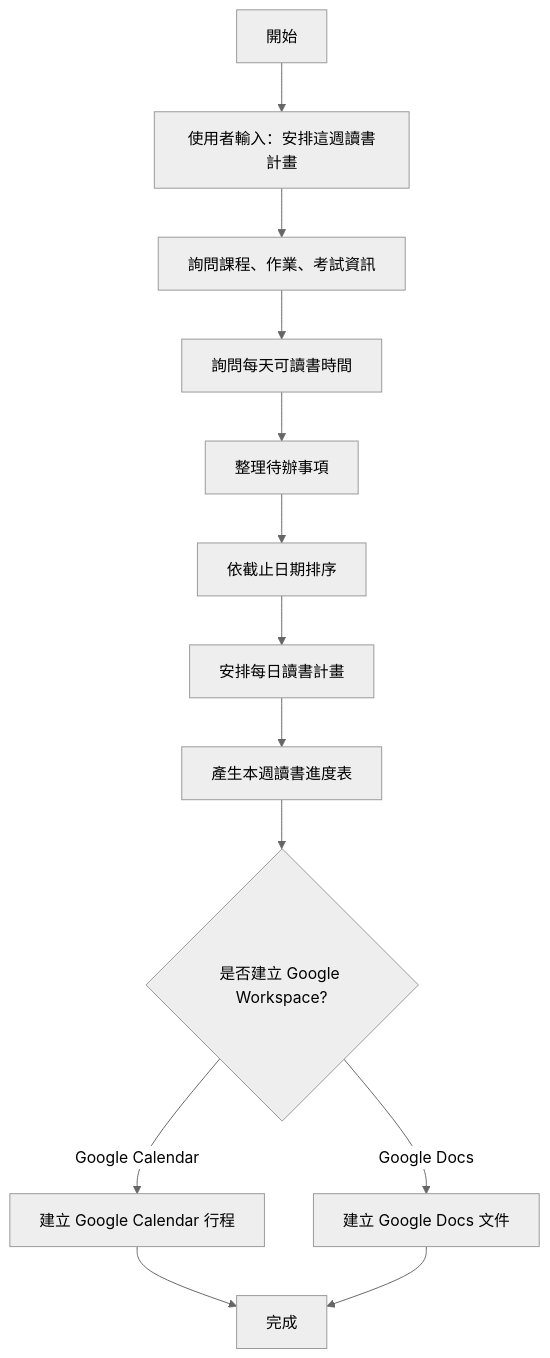
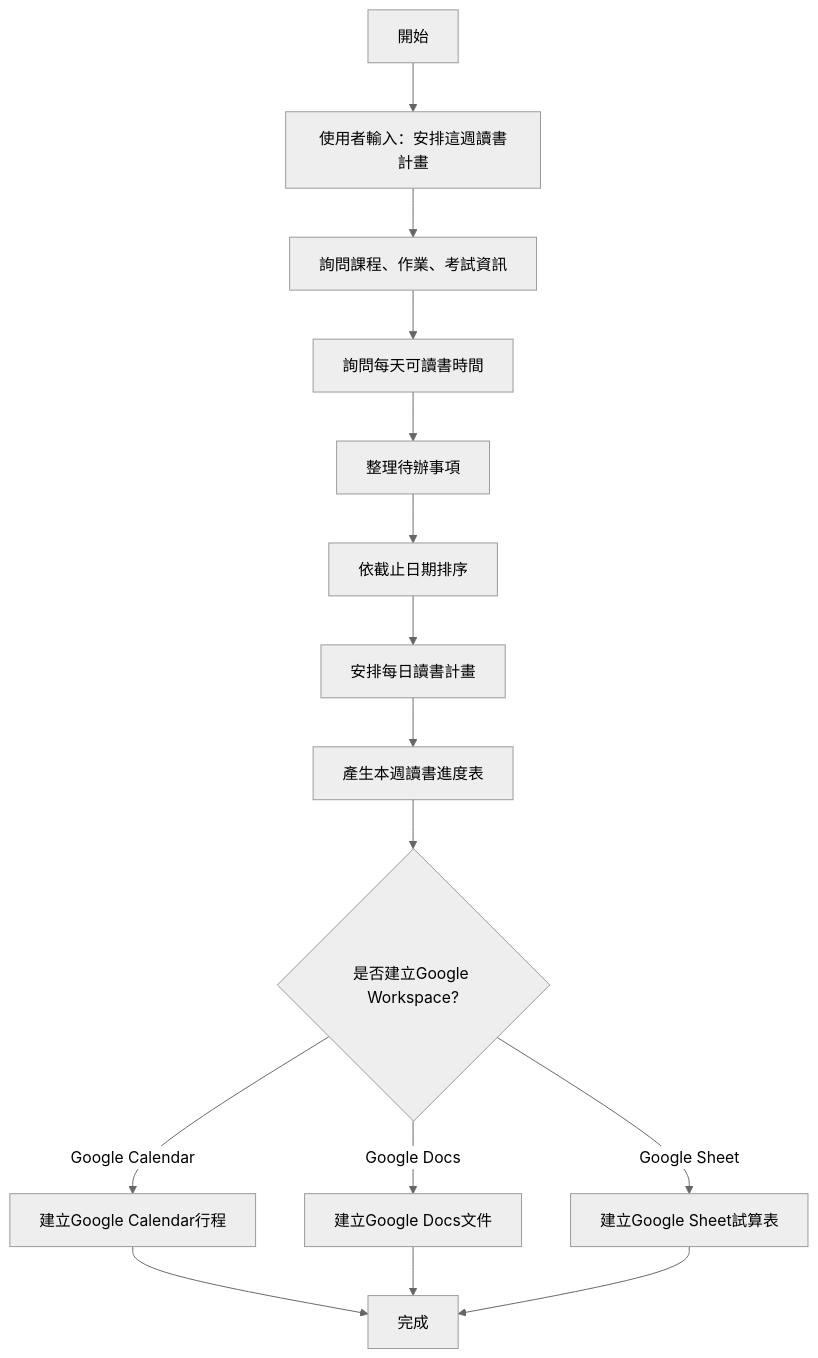
Before and after one commit to syy041/AI-Agent-Learning: the diagram in docs/development-log.md, drawn with Mermaid (neutral theme). The commit also changed other lines of this file, not shown here.

Commit message:
feat:y在study planner新增sheet功能

````diff
--- a/docs/development-log.md
+++ b/docs/development-log.md
@@ -79,15 +79,17 @@
  ```mermaid
 flowchart TD
     A[開始] --> B[使用者輸入：安排這週讀書計畫]
     B --> C[詢問課程、作業、考試資訊]
     C --> D[詢問每天可讀書時間]
     D --> E[整理待辦事項]
     E --> F[依截止日期排序]
     F --> G[安排每日讀書計畫]
     G --> H[產生本週讀書進度表]
-    H --> I{是否建立 Google Workspace?}
-    I -->|Google Calendar| J[建立 Google Calendar 行程]
-    I -->|Google Docs| K[建立 Google Docs 文件]
-    J --> L[完成]
-    K --> L
+    H --> I{是否建立Google Workspace?}
+    I -->|Google Calendar| J[建立Google Calendar行程]
+    I -->|Google Docs| K[建立Google Docs文件]
+    I -->|Google Sheet| L[建立Google Sheet試算表]
+    J --> M[完成]
+    K --> M
+    L --> M
 ```
````
